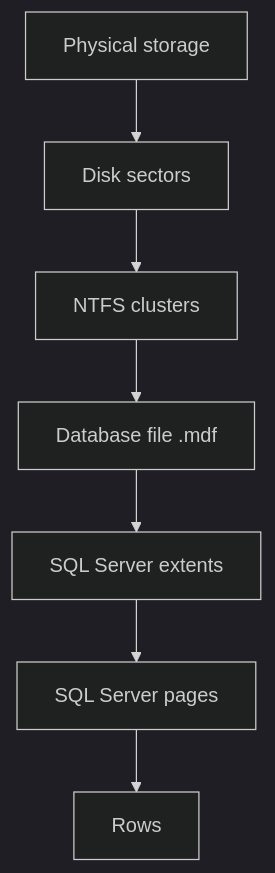
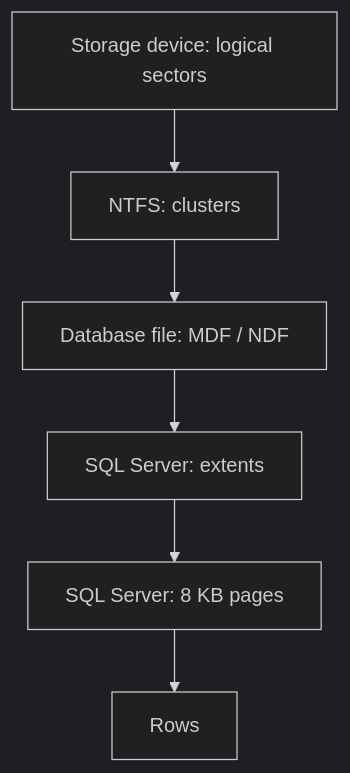
One commit to tjovic/database-design-labs-public changed the third of 11 diagrams in labs/lab05-physical-storage.md. Above: the diagram before and after it, drawn with Mermaid (dark theme). The commit also changed other lines of this file, not shown here.

````diff
--- a/labs/lab05-physical-storage.md
+++ b/labs/lab05-physical-storage.md
@@ -223,9 +203,8 @@
 ```mermaid
 flowchart TD
-    A[Physical storage] --> B[Disk sectors]
-    B --> C[NTFS clusters]
-    C --> D[Database file .mdf]
-    D --> E[SQL Server extents]
-    E --> F[SQL Server pages]
-    F --> G[Rows]
+    A[Storage device: logical sectors] --> B[NTFS: clusters]
+    B --> C[Database file: MDF / NDF]
+    C --> D[SQL Server: extents]
+    D --> E[SQL Server: 8 KB pages]
+    E --> F[Rows]
 ```
````
